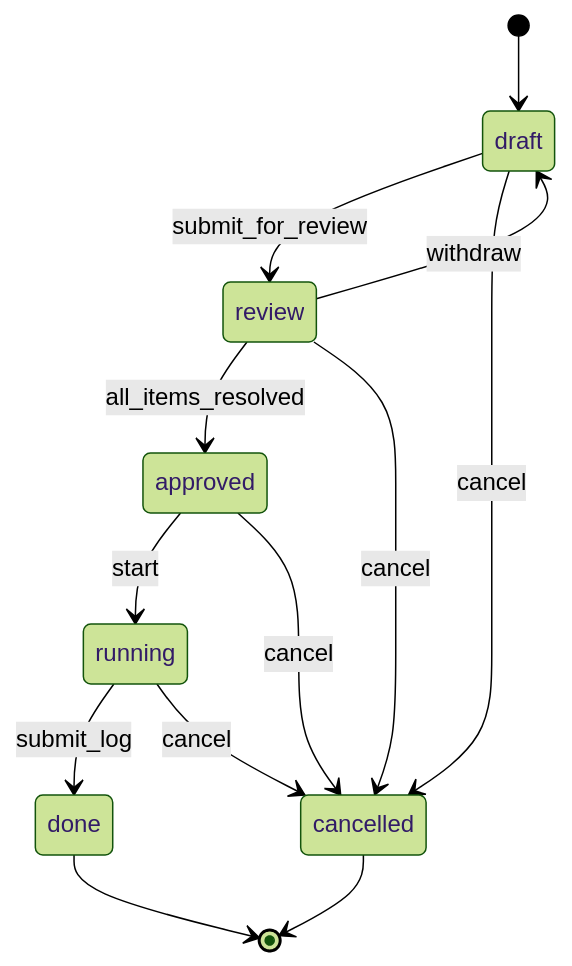
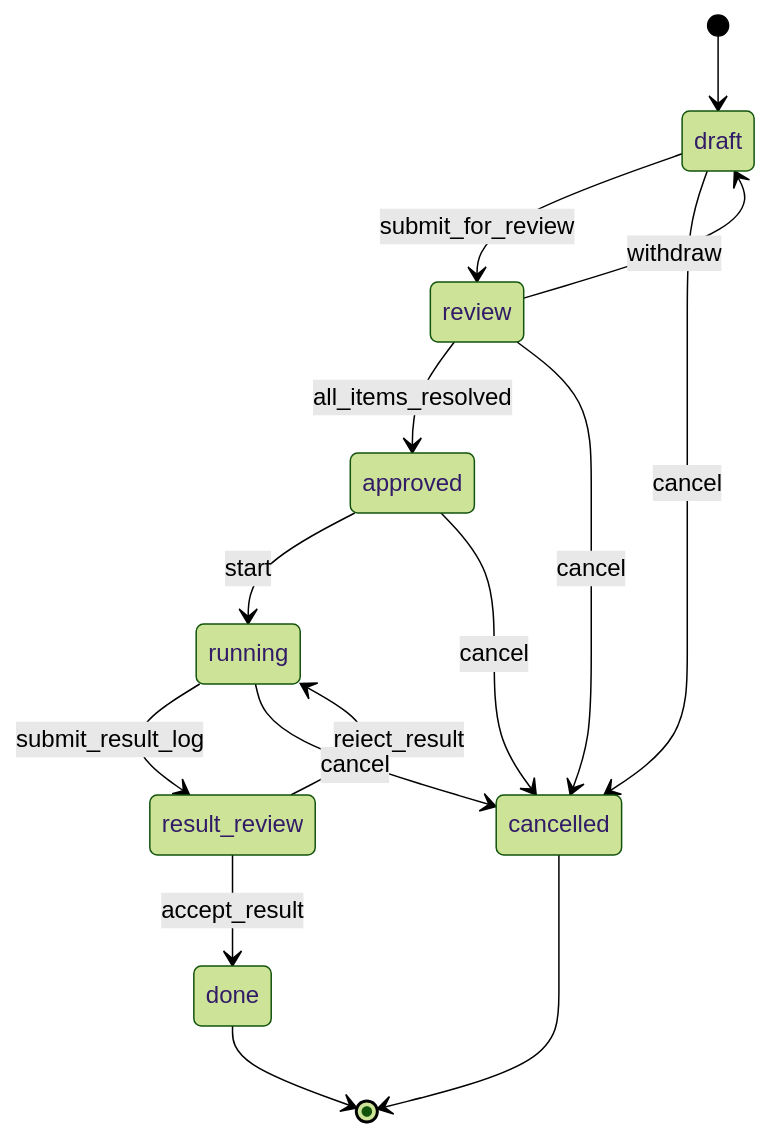
One commit to pistonly/multi-agent-platform changed the second of 3 diagrams in docs/ARCHITECTURE.md. Above: the diagram before and after it, drawn with Mermaid (forest theme). The commit also changed other lines of this file and 40 other files, not shown here.

First line of the commit message:
feat(experiment): split completion into submit + accept/reject

````diff
--- a/docs/ARCHITECTURE.md
+++ b/docs/ARCHITECTURE.md
@@ -146,15 +146,17 @@
 ```mermaid
 stateDiagram-v2
     [*] --> draft
     draft --> review: submit_for_review
     review --> approved: all_items_resolved
     review --> draft: withdraw
     approved --> running: start
-    running --> done: submit_log
+    running --> result_review: submit_result_log
+    result_review --> done: accept_result
+    result_review --> running: reject_result
     draft --> cancelled: cancel
     review --> cancelled: cancel
     approved --> cancelled: cancel
     running --> cancelled: cancel
     done --> [*]
     cancelled --> [*]
 ```
````
